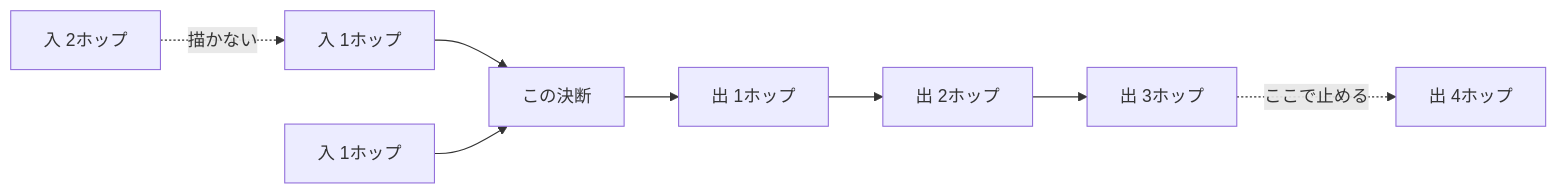
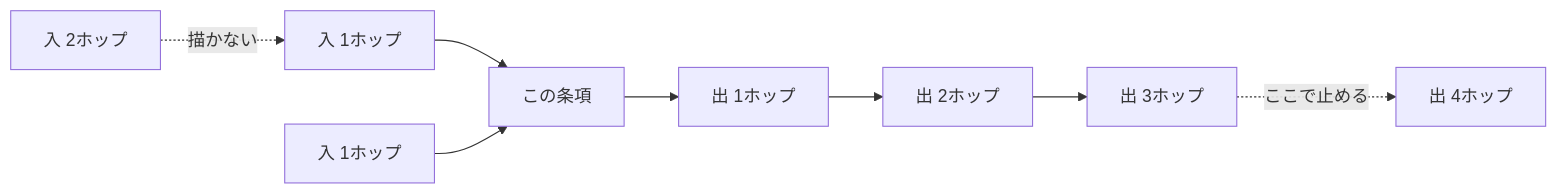
One commit to gameundwatch/codifier changed the diagram in docs/archivist/L3_structures/neighborhood-graph.md. Above: the diagram before and after it, drawn with Mermaid. The commit also changed other lines of this file and 77 other files, not shown here.

````diff
--- a/docs/archivist/L3_structures/neighborhood-graph.md
+++ b/docs/archivist/L3_structures/neighborhood-graph.md
@@ -9,10 +9,10 @@
 ```mermaid
 flowchart LR
-    I1[入 1ホップ] --> SELF[この決断]
+    I1[入 1ホップ] --> SELF[この条項]
     I2[入 1ホップ] --> SELF
     SELF --> O1[出 1ホップ]
     O1 --> O2[出 2ホップ]
     O2 --> O3[出 3ホップ]
     IX[入 2ホップ] -.->|描かない| I1
     O3 -.->|ここで止める| OX[出 4ホップ]
 ```
````
